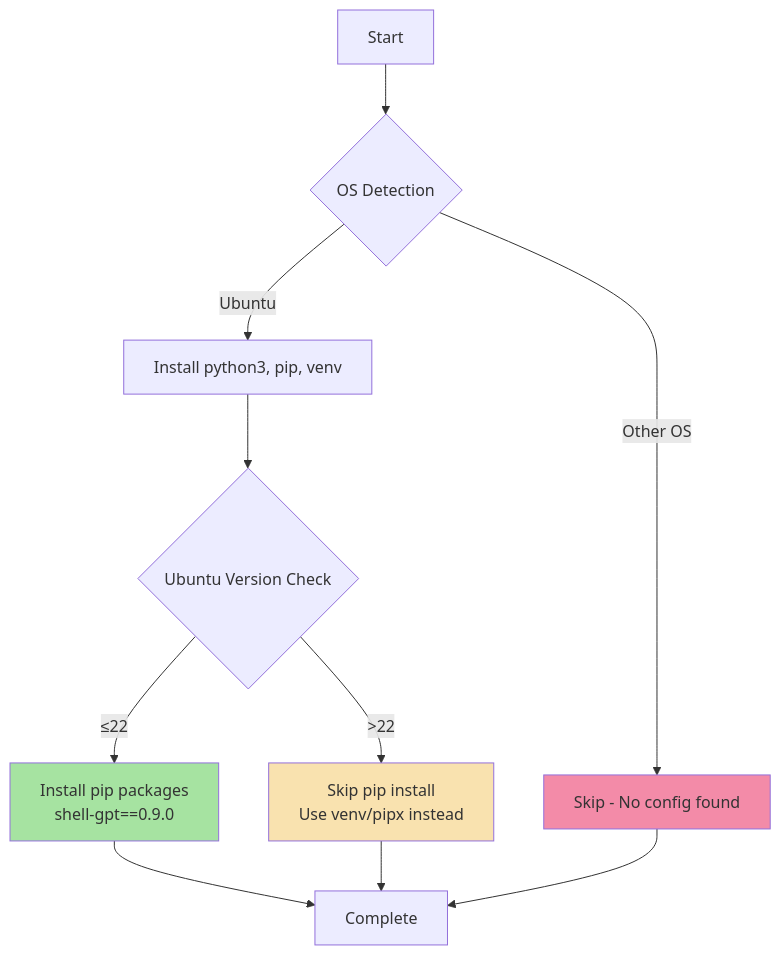
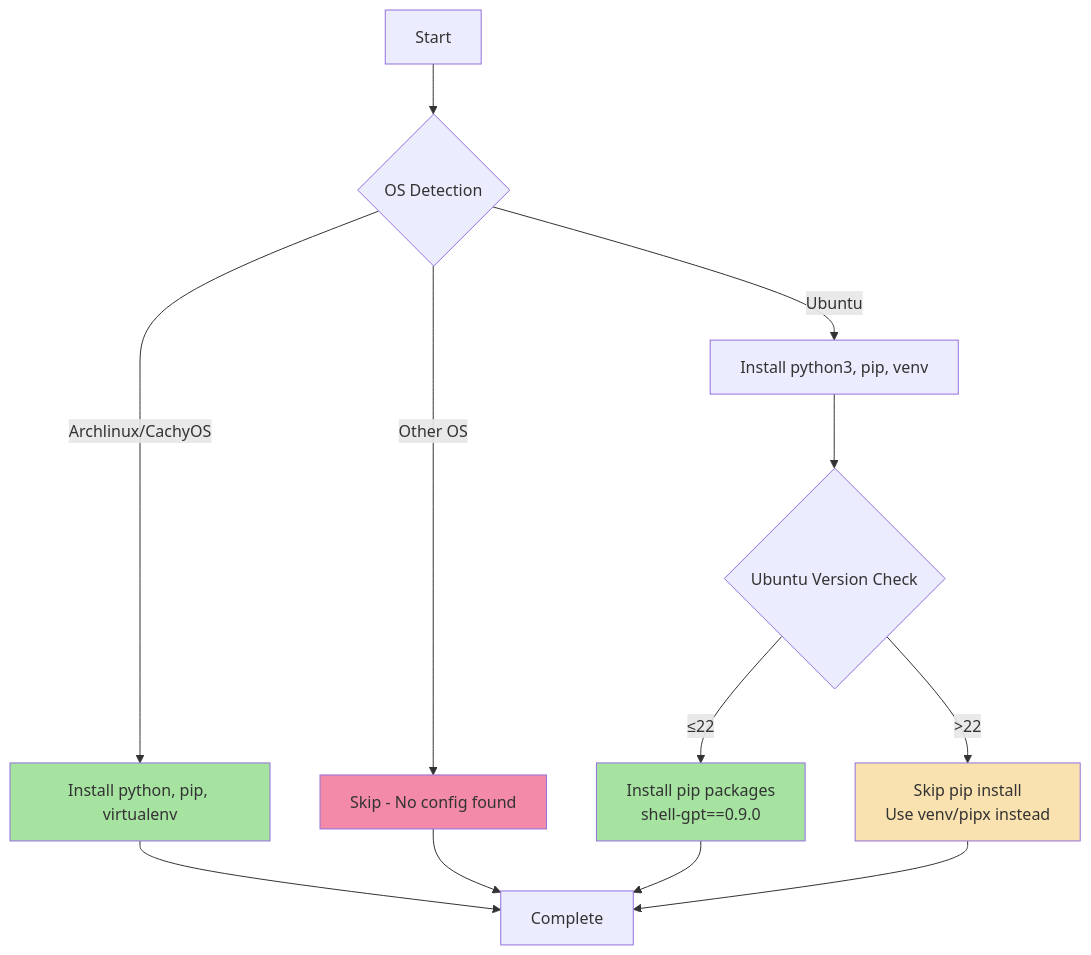
The diagram in dotfiles/roles/python/README.md (uarslandev/infra), drawn with Mermaid before and after one commit. The commit also changed other lines of this file and 127 other files, not shown here.

````diff
--- a/dotfiles/roles/python/README.md
+++ b/dotfiles/roles/python/README.md
@@ -36,16 +35,19 @@
 ```mermaid
 graph TD
     A[Start] --> B{OS Detection}
     B -->|Ubuntu| C[Install python3, pip, venv]
-    B -->|Other OS| D[Skip - No config found]
-    C --> E{Ubuntu Version Check}
-    E -->|≤22| F[Install pip packages<br/>shell-gpt==0.9.0]
-    E -->|>22| G[Skip pip install<br/>Use venv/pipx instead]
-    F --> H[Complete]
-    G --> H
-    D --> H
+    B -->|Archlinux/CachyOS| D[Install python, pip, virtualenv]
+    B -->|Other OS| E[Skip - No config found]
+    C --> F{Ubuntu Version Check}
+    F -->|≤22| G[Install pip packages<br/>shell-gpt==0.9.0]
+    F -->|>22| H[Skip pip install<br/>Use venv/pipx instead]
+    D --> I[Complete]
+    E --> I
+    G --> I
+    H --> I
 
-    style F fill:#a6e3a1
-    style G fill:#f9e2af
-    style D fill:#f38ba8
+    style D fill:#a6e3a1
+    style G fill:#a6e3a1
+    style H fill:#f9e2af
+    style E fill:#f38ba8
 ```
````
